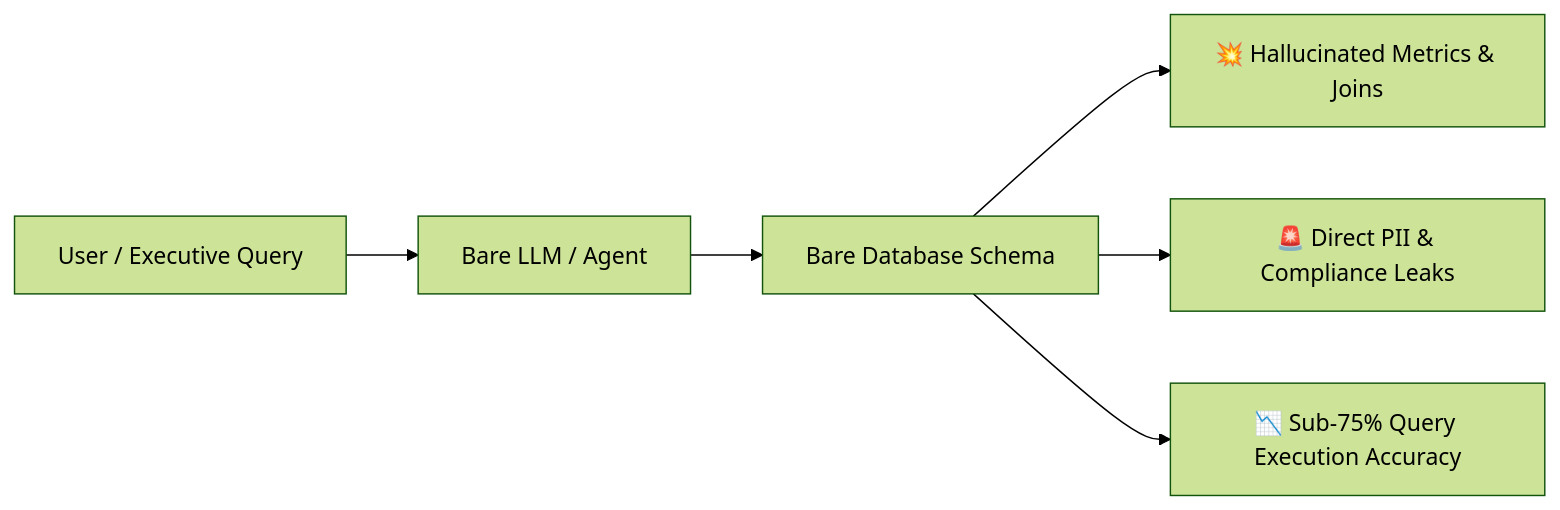
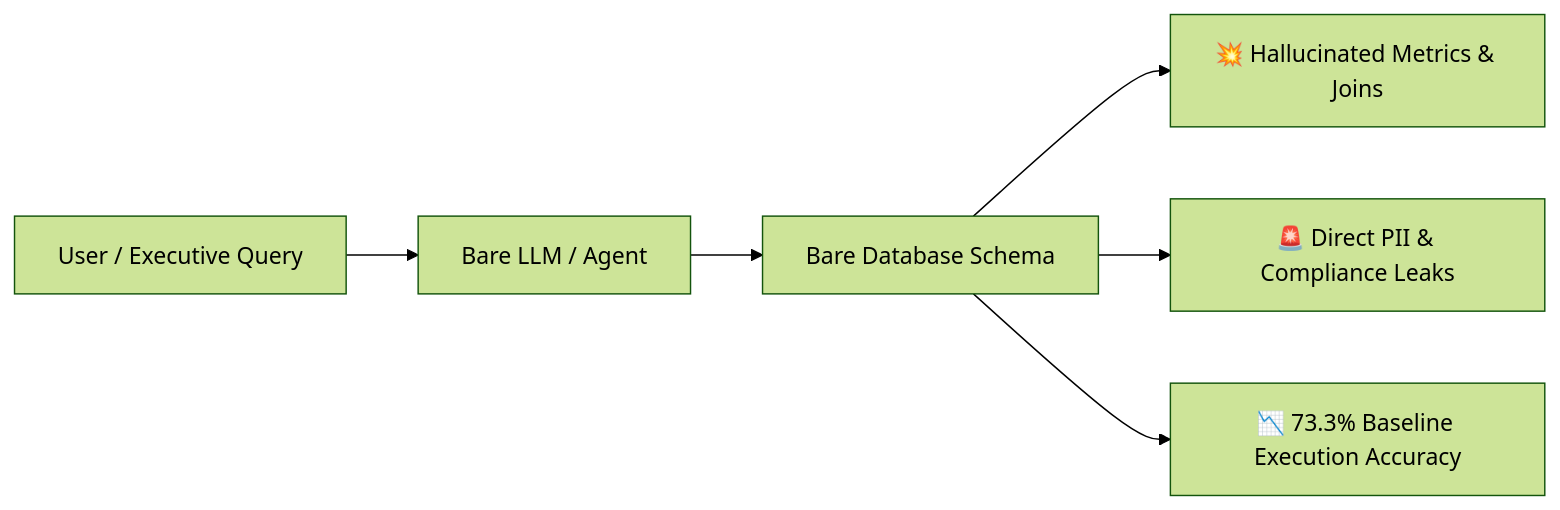
One commit to Susil-commits/CForge changed the first of 2 diagrams in docs/pitch_deck.md. Above: the diagram before and after it, drawn with Mermaid (forest theme). The commit also changed other lines of this file and 3 other files, not shown here.

````diff
--- a/docs/pitch_deck.md
+++ b/docs/pitch_deck.md
@@ -18,8 +18,8 @@
 ```mermaid
 flowchart LR
     A[User / Executive Query] --> B[Bare LLM / Agent]
     B --> C[Bare Database Schema]
     C --> D1[💥 Hallucinated Metrics & Joins]
     C --> D2[🚨 Direct PII & Compliance Leaks]
-    C --> D3[📉 Sub-75% Query Execution Accuracy]
+    C --> D3[📉 73.3% Baseline Execution Accuracy]
 ```
````
